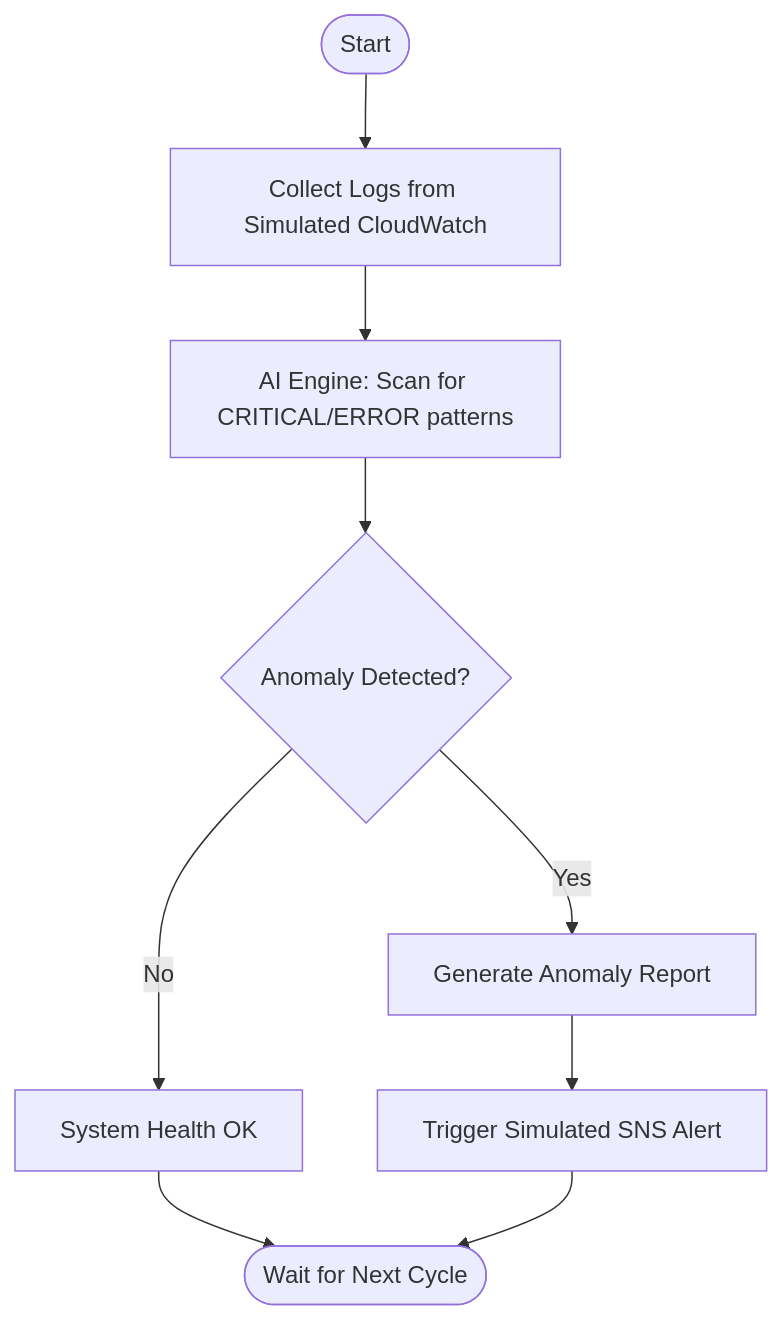
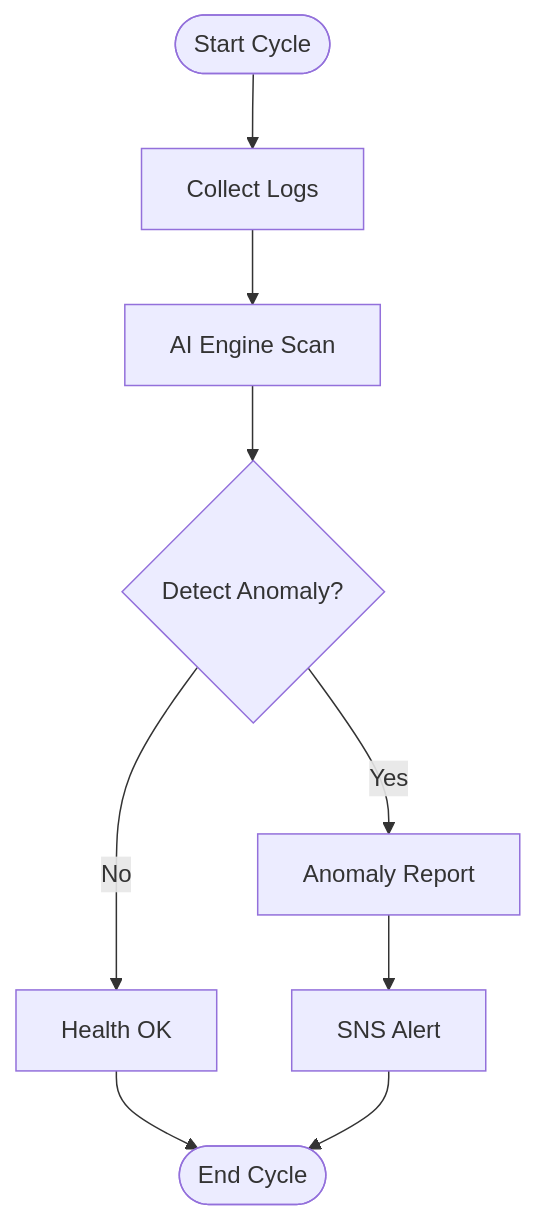
One commit to 01Sachinc/aws-ai-cicd-monitoring changed the third of 3 diagrams in README.md. Above: the diagram before and after it, drawn with Mermaid. The commit also changed other lines of this file, not shown here.

Commit message:
style: final optimization of Mermaid diagrams for clean rendering

````diff
--- a/README.md
+++ b/README.md
@@ -52,11 +58,11 @@
 ```mermaid
 graph TD
-    Start([Start]) --> Fetch[Collect Logs from Simulated CloudWatch]
-    Fetch --> Scan[AI Engine: Scan for CRITICAL/ERROR patterns]
-    Scan --> Check{Anomaly Detected?}
-    Check -->|Yes| Anomaly[Generate Anomaly Report]
-    Check -->|No| Normal[System Health OK]
-    Anomaly --> Notify[Trigger Simulated SNS Alert]
-    Normal --> End([Wait for Next Cycle])
-    Notify --> End
+    In([Start Cycle]) --> Collect[Collect Logs]
+    Collect --> Engine[AI Engine Scan]
+    Engine --> Logic{Detect Anomaly?}
+    Logic -->|Yes| Report[Anomaly Report]
+    Logic -->|No| OK[Health OK]
+    Report --> Alert[SNS Alert]
+    OK --> Finish([End Cycle])
+    Alert --> Finish
 ```
````
